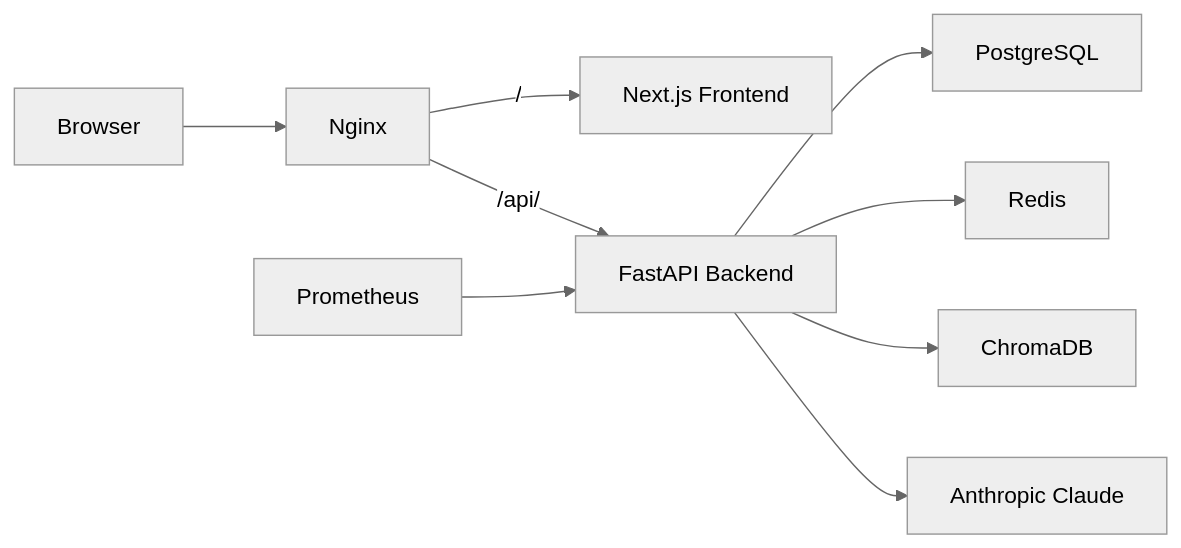
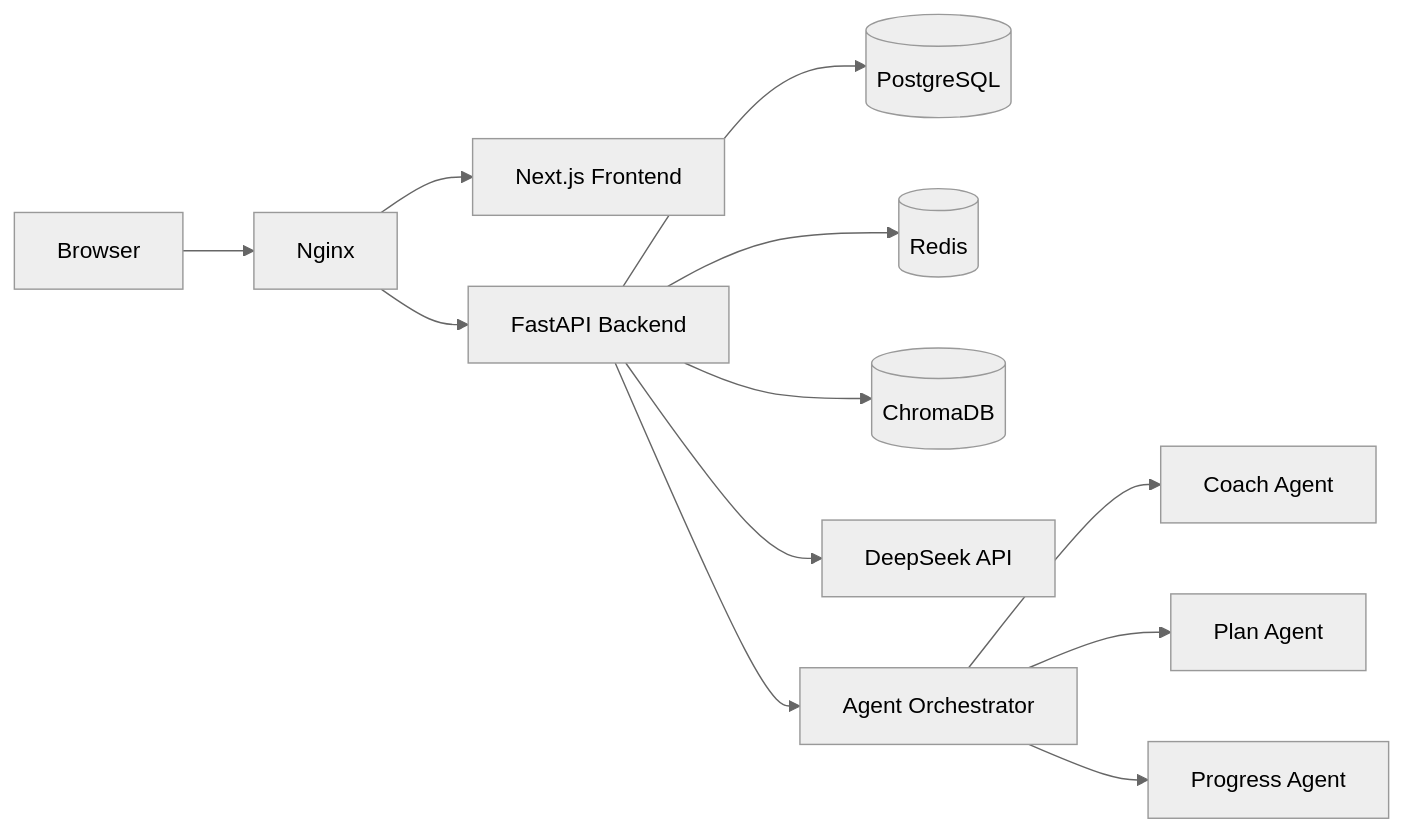
The diagram in README.md (GSQingnb/FitPilot), drawn with Mermaid (neutral theme) before and after one commit. The commit also changed other lines of this file, not shown here.

````diff
--- a/README.md
+++ b/README.md
@@ -37,11 +168,16 @@
 ```mermaid
-graph LR
-    Browser --> Nginx
-    Nginx -->|/| NextJS[Next.js Frontend]
-    Nginx -->|/api/| FastAPI[FastAPI Backend]
-    FastAPI --> PostgreSQL
-    FastAPI --> Redis
-    FastAPI --> ChromaDB
-    FastAPI --> LLM[Anthropic Claude]
-    Prometheus --> FastAPI
+flowchart LR
+    U[Browser] --> N[Nginx]
+    N --> F[Next.js Frontend]
+    N --> A[FastAPI Backend]
+
+    A --> P[(PostgreSQL)]
+    A --> R[(Redis)]
+    A --> C[(ChromaDB)]
+    A --> L[DeepSeek API]
+
+    A --> O[Agent Orchestrator]
+    O --> CA[Coach Agent]
+    O --> PA[Plan Agent]
+    O --> PRA[Progress Agent]
 ```
````
